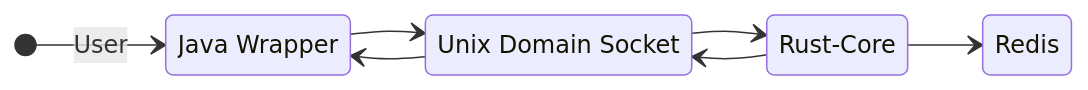
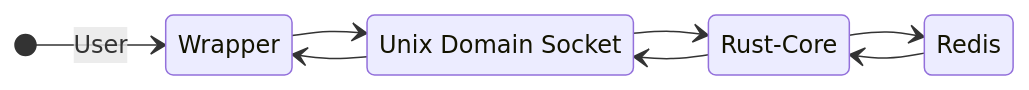
Before and after one commit to Bit-Quill/valkey-glide: the first of 4 diagrams in docs/design-raw-ffi.md, drawn with Mermaid. The commit also changed other lines of this file, not shown here.

````diff
--- a/docs/design-raw-ffi.md
+++ b/docs/design-raw-ffi.md
@@ -22,15 +22,16 @@
 ```mermaid
 stateDiagram-v2
   direction LR
   
-  JavaWrapper: Java Wrapper
+  Wrapper: Wrapper
   UnixDomainSocket: Unix Domain Socket
   RustCore: Rust-Core
   
-  [*] --> JavaWrapper: User
-  JavaWrapper --> UnixDomainSocket
-  UnixDomainSocket --> JavaWrapper
+  [*] --> Wrapper: User
+  Wrapper --> UnixDomainSocket
+  UnixDomainSocket --> Wrapper
   RustCore --> UnixDomainSocket
   UnixDomainSocket --> RustCore
   RustCore --> Redis
+  Redis --> RustCore
 ```
````
